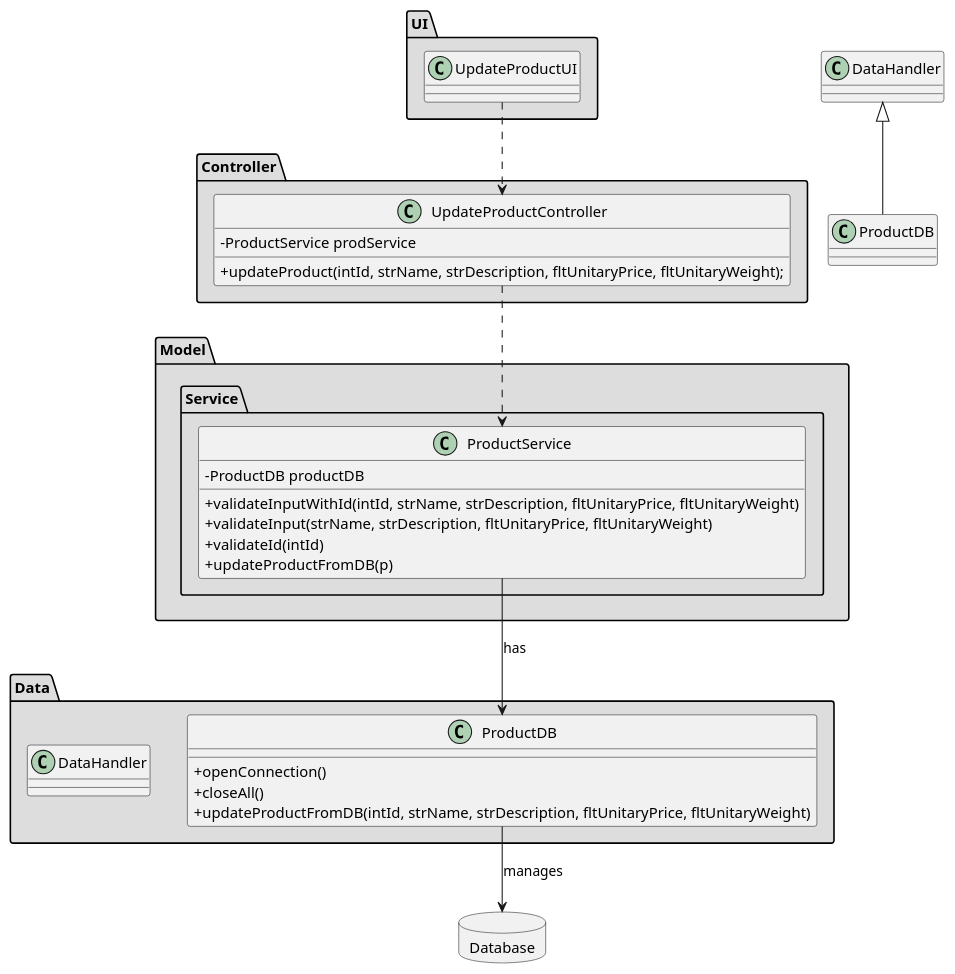
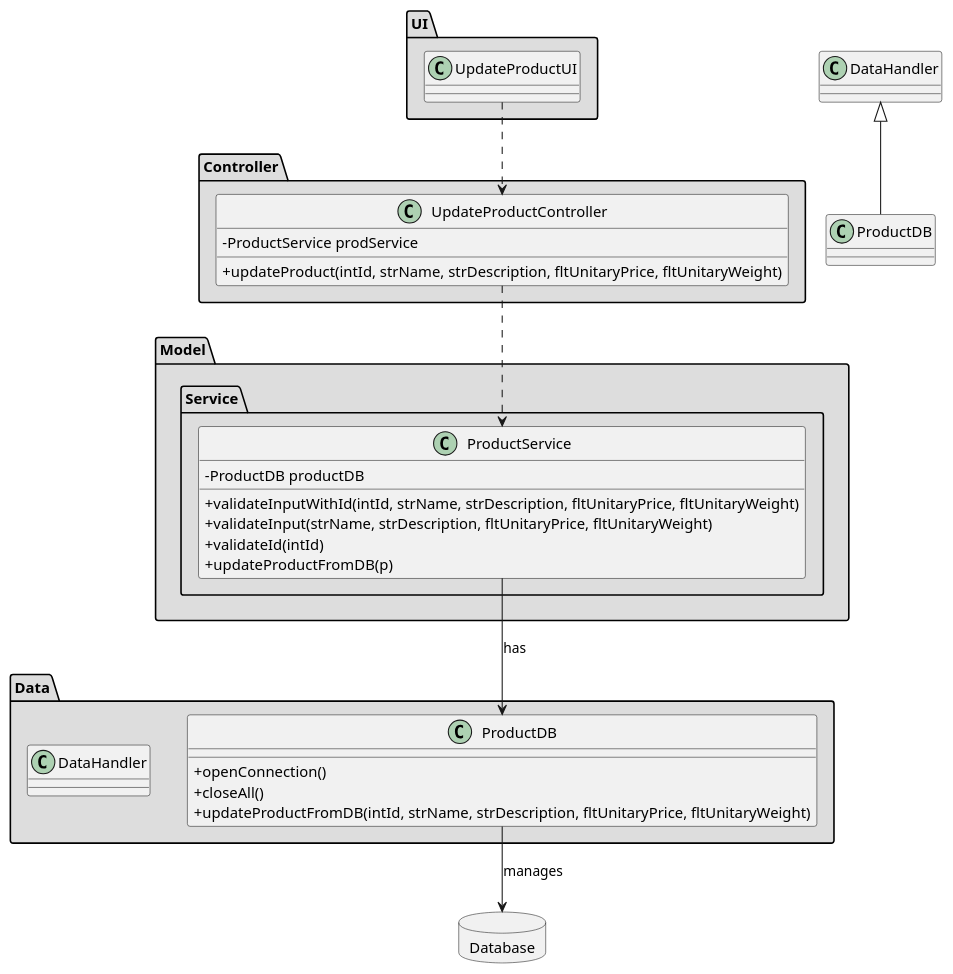
The diagram in docs/Iteration 2/Product Management/Refinement/US71_UpdateProduct/US71_CD.puml (tiagoavcosta25/LAPR3), drawn with PlantUML before and after one commit. The commit also changed 9 other files, not shown here.

```diff
--- a/docs/Iteration 2/Product Management/Refinement/US71_UpdateProduct/US71_CD.puml
+++ b/docs/Iteration 2/Product Management/Refinement/US71_UpdateProduct/US71_CD.puml
@@ -1,48 +1,48 @@
 @startuml
 skinparam classAttributeIconSize 0
 package "UI" #DDDDDD {
     class UpdateProductUI{
     }
 }
 
 package "Controller" #DDDDDD {
     class UpdateProductController {
         -ProductService prodService
-        +updateProduct(intId, strName, strDescription, fltUnitaryPrice, fltUnitaryWeight);
+        +updateProduct(intId, strName, strDescription, fltUnitaryPrice, fltUnitaryWeight)
     }
 }
 
 package "Model" #DDDDDD {
     package "Service" #DDDDDD {
         class ProductService {
             -ProductDB productDB
             +validateInputWithId(intId, strName, strDescription, fltUnitaryPrice, fltUnitaryWeight)
             +validateInput(strName, strDescription, fltUnitaryPrice, fltUnitaryWeight)
             +validateId(intId)
             +updateProductFromDB(p)
         }
     }
 }
 
 
 package "Data" #DDDDDD {
     class ProductDB {
             +openConnection()
             +closeAll()
             +updateProductFromDB(intId, strName, strDescription, fltUnitaryPrice, fltUnitaryWeight)
     }
 
     class DataHandler {
     }
 }
 
 database Database {
 
 }
 
 UpdateProductUI ..> UpdateProductController
 UpdateProductController ..> ProductService
 ProductService --> ProductDB : has
 ProductDB --> Database: manages
 class ProductDB extends DataHandler
 @enduml
```
